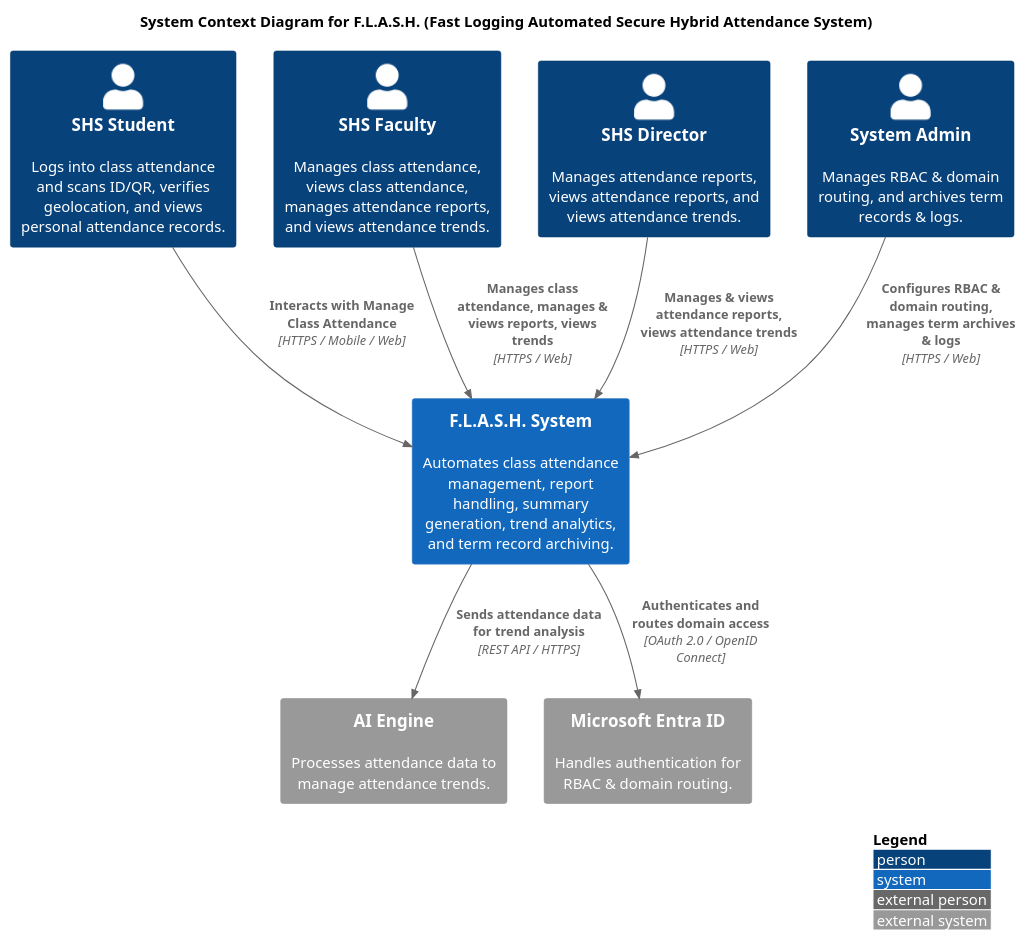
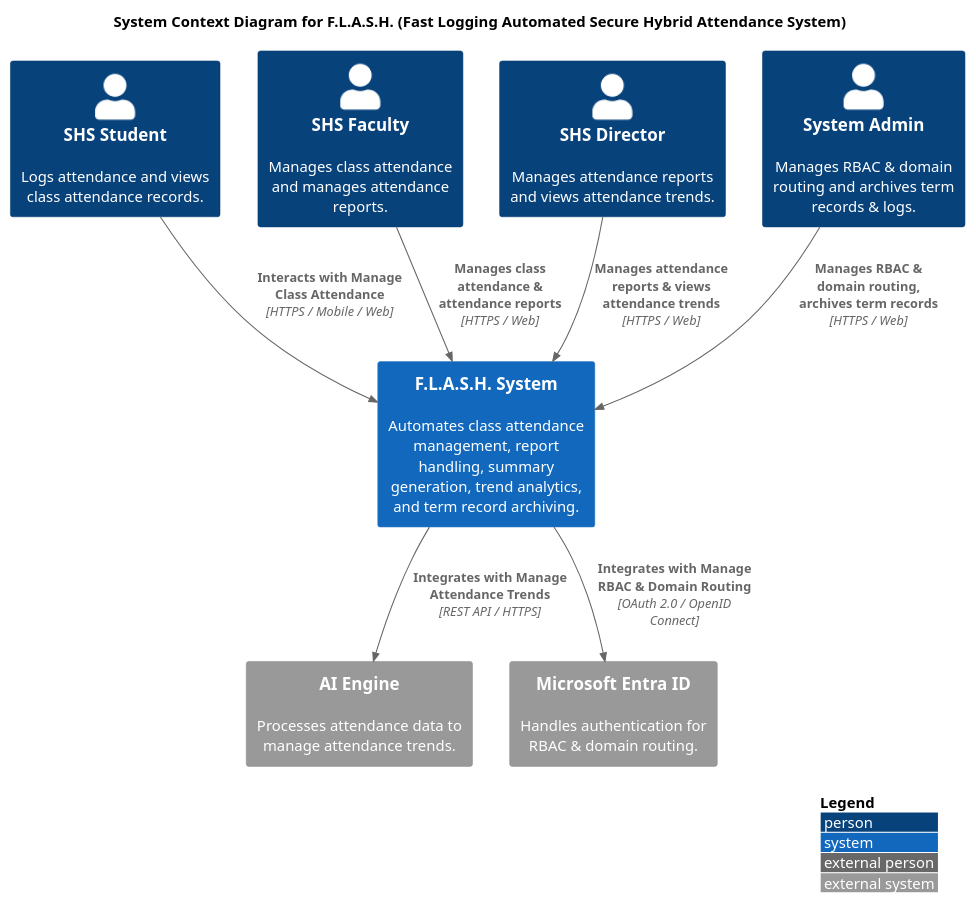
Before and after one commit to APC-SoCIT/APC-2026-2027-T1-IT241-Grp2-F.L.A.S.H-Fast-Logging-Automated-Secure-Hybrid-attendance: the diagram in docs/MSYADD1/SystemContextDiagramCyberByte.puml, drawn with PlantUML.

Commit message:
Updated system context diagram

```diff
--- a/docs/MSYADD1/SystemContextDiagramCyberByte.puml
+++ b/docs/MSYADD1/SystemContextDiagramCyberByte.puml
@@ -1,31 +1,31 @@
 @startuml
 !include https://raw.githubusercontent.com/plantuml-stdlib/C4-PlantUML/master/C4_Context.puml
 
 LAYOUT_WITH_LEGEND()
 
 title System Context Diagram for F.L.A.S.H. (Fast Logging Automated Secure Hybrid Attendance System)
 
 ' Persons (Users)
-Person(student, "SHS Student", "Logs into class attendance and scans ID/QR, verifies geolocation, and views personal attendance records.")
-Person(faculty, "SHS Faculty", "Manages class attendance, views class attendance, manages attendance reports, and views attendance trends.")
-Person(director, "SHS Director", "Manages attendance reports, views attendance reports, and views attendance trends.")
-Person(admin, "System Admin", "Manages RBAC & domain routing, and archives term records & logs.")
+Person(student, "SHS Student", "Logs attendance and views class attendance records.")
+Person(faculty, "SHS Faculty", "Manages class attendance and manages attendance reports.")
+Person(director, "SHS Director", "Manages attendance reports and views attendance trends.")
+Person(admin, "System Admin", "Manages RBAC & domain routing and archives term records & logs.")
 
 ' Main System
 System(flash, "F.L.A.S.H. System", "Automates class attendance management, report handling, summary generation, trend analytics, and term record archiving.")
 
 ' External Systems
 System_Ext(ai_engine, "AI Engine", "Processes attendance data to manage attendance trends.")
 System_Ext(entra, "Microsoft Entra ID", "Handles authentication for RBAC & domain routing.")
 
 ' Relationships - Users to System
 Rel(student, flash, "Interacts with Manage Class Attendance", "HTTPS / Mobile / Web")
-Rel(faculty, flash, "Manages class attendance, manages & views reports, views trends", "HTTPS / Web")
-Rel(director, flash, "Manages & views attendance reports, views attendance trends", "HTTPS / Web")
-Rel(admin, flash, "Configures RBAC & domain routing, manages term archives & logs", "HTTPS / Web")
+Rel(faculty, flash, "Manages class attendance & attendance reports", "HTTPS / Web")
+Rel(director, flash, "Manages attendance reports & views attendance trends", "HTTPS / Web")
+Rel(admin, flash, "Manages RBAC & domain routing, archives term records", "HTTPS / Web")
 
 ' Relationships - System to External Systems
-Rel(flash, ai_engine, "Sends attendance data for trend analysis", "REST API / HTTPS")
-Rel(flash, entra, "Authenticates and routes domain access", "OAuth 2.0 / OpenID Connect")
+Rel(flash, ai_engine, "Integrates with Manage Attendance Trends", "REST API / HTTPS")
+Rel(flash, entra, "Integrates with Manage RBAC & Domain Routing", "OAuth 2.0 / OpenID Connect")
 
 @enduml
```
